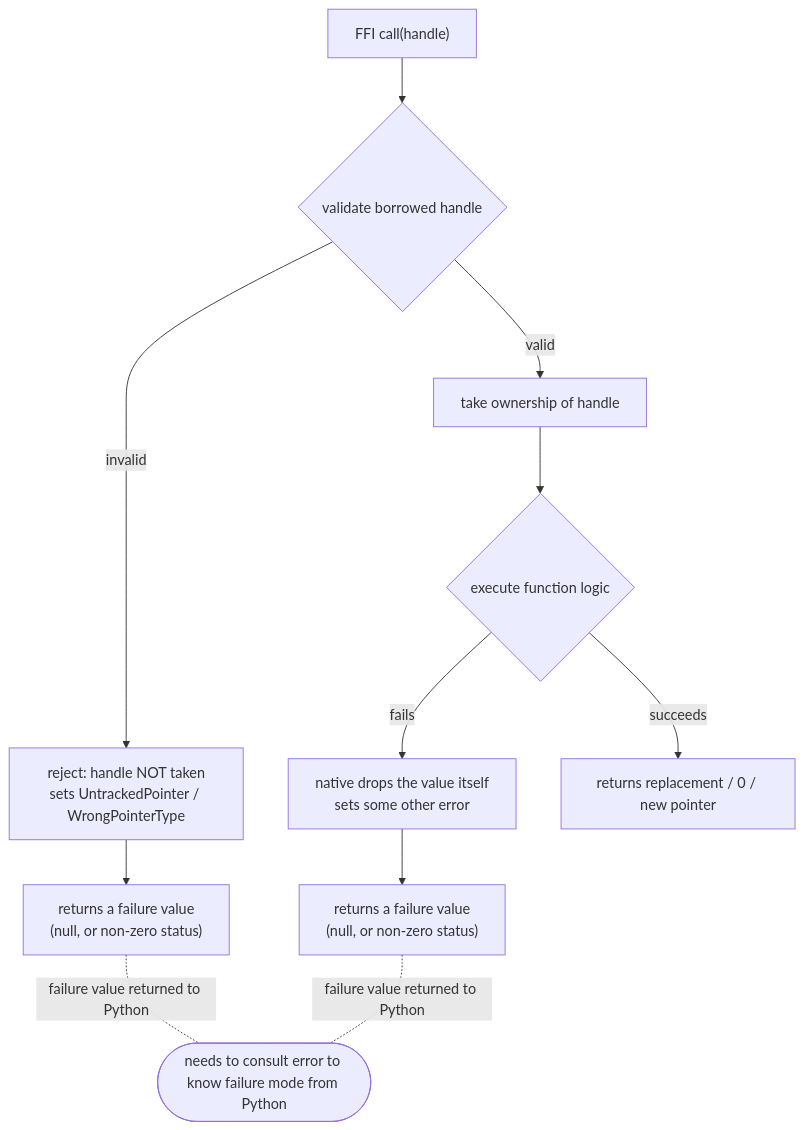
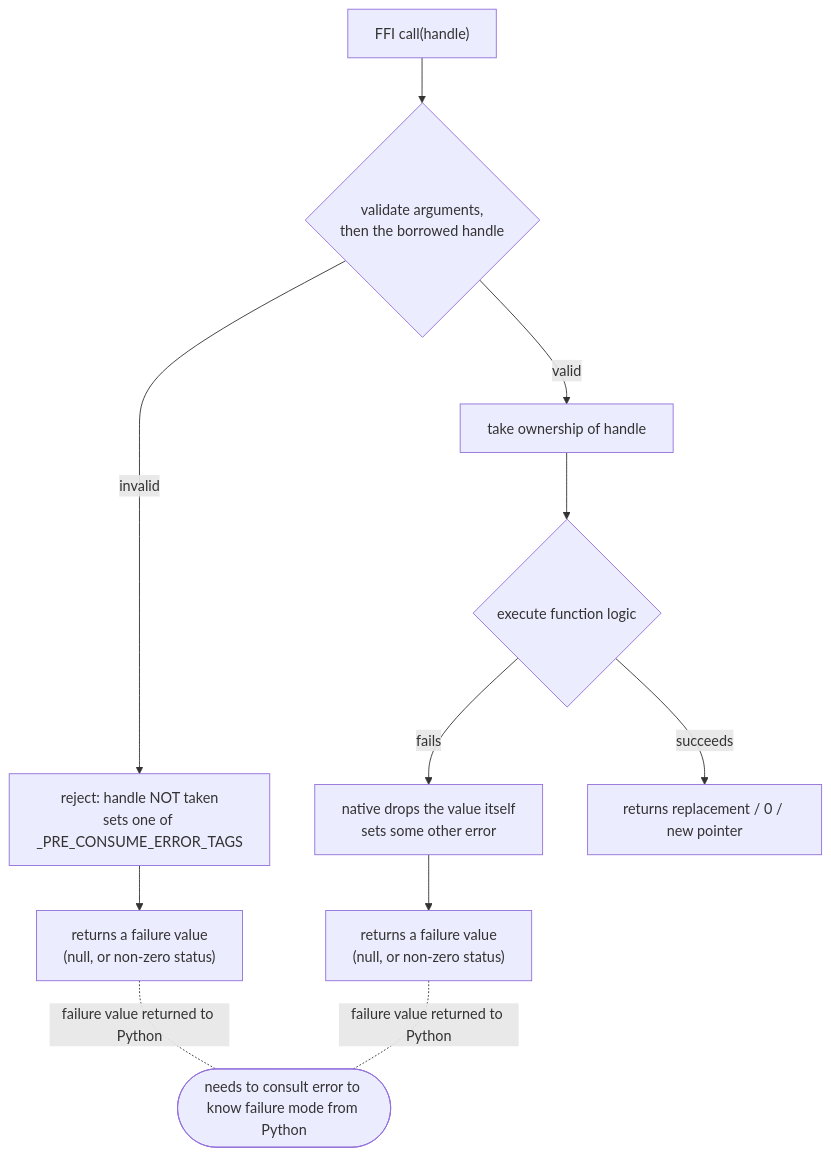
Before and after one commit to contentauth/c2pa-python: the ninth of 10 diagrams in docs/native-resources-management.md, drawn with Mermaid. The commit also changed other lines of this file, not shown here.

````diff
--- a/docs/native-resources-management.md
+++ b/docs/native-resources-management.md
@@ -623,12 +634,12 @@
 ```mermaid
 flowchart TD
-    CALL["FFI call(handle)"] --> V{"validate borrowed handle"}
-    V -->|invalid| R["reject: handle NOT taken<br/>sets UntrackedPointer / WrongPointerType"] --> F1["returns a failure value<br/>(null, or non-zero status)"]
+    CALL["FFI call(handle)"] --> V{"validate arguments,<br/>then the borrowed handle"}
+    V -->|invalid| R["reject: handle NOT taken<br/>sets one of _PRE_CONSUME_ERROR_TAGS"] --> F1["returns a failure value<br/>(null, or non-zero status)"]
     V -->|valid| TAKE["take ownership of handle"]
     TAKE --> WORK{"execute function logic"}
     WORK -->|fails| DROP["native drops the value itself<br/>sets some other error"] --> F2["returns a failure value<br/>(null, or non-zero status)"]
     WORK -->|succeeds| OK["returns replacement / 0 / new pointer"]
 
     F1 -.failure value returned to Python.- AMB(["needs to consult error to know failure mode from Python"])
     F2 -.failure value returned to Python.- AMB
 ```
````
